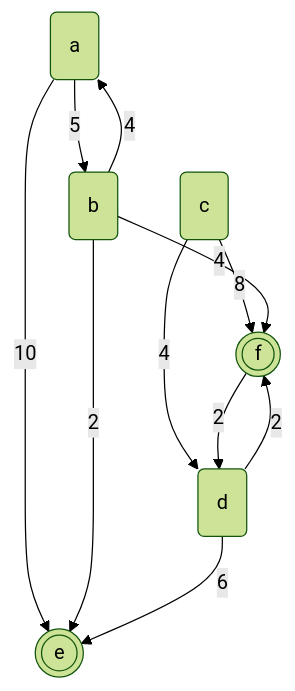
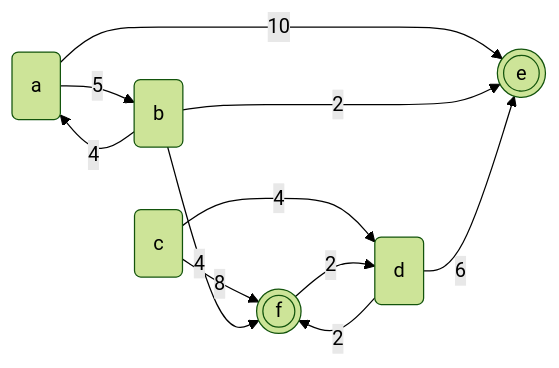
The diagram in 0310/mdModule.md (studenttak/modules), drawn with Mermaid (forest theme) before and after one commit.

````diff
--- a/0310/mdModule.md
+++ b/0310/mdModule.md
@@ -217,19 +217,19 @@
 ```mermaid
-flowchart TD
+flowchart LR
 a(a)
 b(b)
 c(c)
 d(d)
 e(((e)))
 f(((f)))
 a-- 10 -->e
 a-- 5 -->b
 c-- 8 -->f
 b-- 2 -->e
 b-- 4 -->f
 c-- 4 -->d
 d-- 6 -->e
 d-- 2 -->f
 b-- 4 -->a
 f-- 2 -->d
 ```
````
